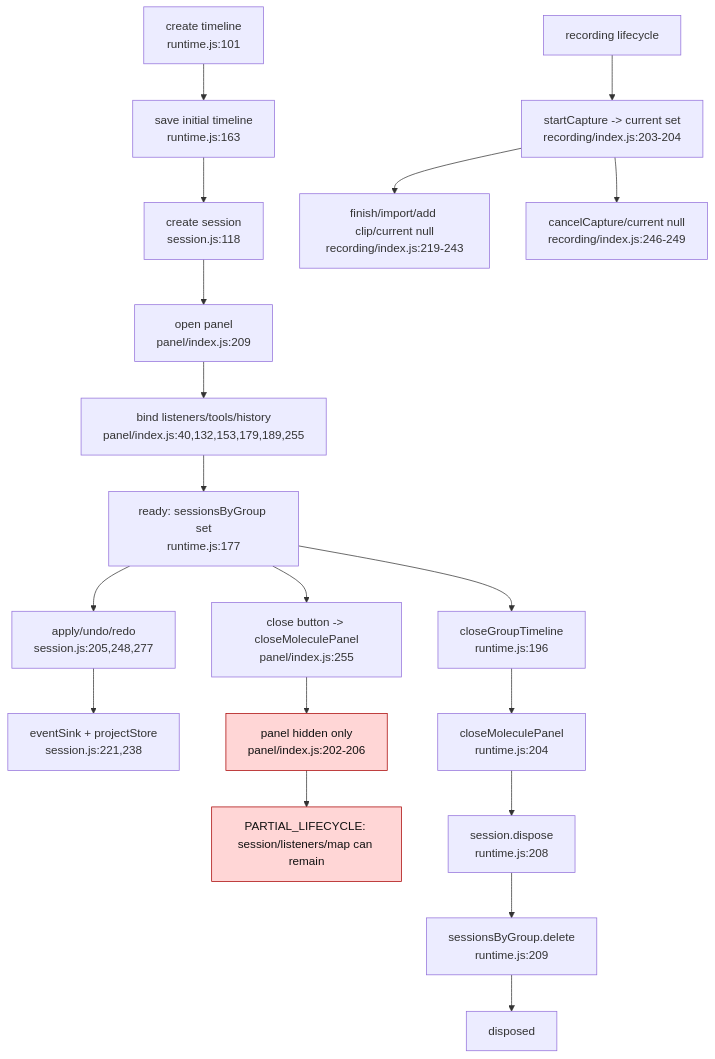
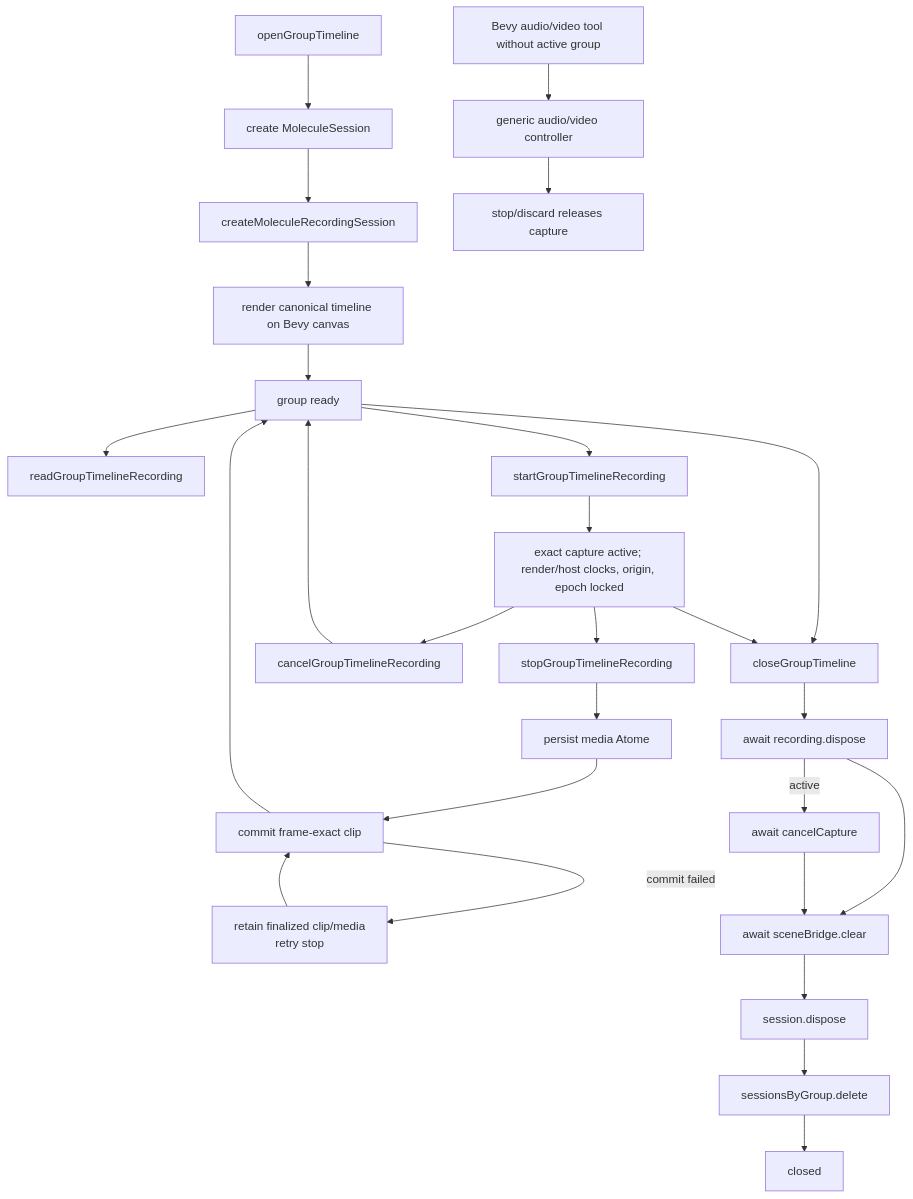
Before and after one commit to atomecorp/a: the diagram in atome/documentations/graphs/molecule/06-lifecycle-graph.md, drawn with Mermaid. The commit also changed other lines of this file and 119 other files, not shown here.

````diff
--- a/atome/documentations/graphs/molecule/06-lifecycle-graph.md
+++ b/atome/documentations/graphs/molecule/06-lifecycle-graph.md
@@ -3,24 +3,32 @@
 ```mermaid
 flowchart TD
-  Create["create timeline\nruntime.js:101"] --> Save["save initial timeline\nruntime.js:163"]
-  Save --> Session["create session\nsession.js:118"]
-  Session --> Panel["open panel\npanel/index.js:209"]
-  Panel --> Bind["bind listeners/tools/history\npanel/index.js:40,132,153,179,189,255"]
-  Bind --> Ready["ready: sessionsByGroup set\nruntime.js:177"]
-  Ready --> Update["apply/undo/redo\nsession.js:205,248,277"]
-  Update --> Persist["eventSink + projectStore\nsession.js:221,238"]
-  Ready --> UiClose["close button -> closeMoleculePanel\npanel/index.js:255"]
-  UiClose --> Hidden["panel hidden only\npanel/index.js:202-206"]:::risk
-  Hidden --> Ghost["PARTIAL_LIFECYCLE: session/listeners/map can remain"]:::risk
-  Ready --> RuntimeClose["closeGroupTimeline\nruntime.js:196"]
-  RuntimeClose --> Hide["closeMoleculePanel\nruntime.js:204"]
-  Hide --> Dispose["session.dispose\nruntime.js:208"]
-  Dispose --> Delete["sessionsByGroup.delete\nruntime.js:209"]
-  Delete --> Complete["disposed"]
+  Open["openGroupTimeline"] --> Session["create MoleculeSession"]
+  Session --> Recording["createMoleculeRecordingSession"]
+  Recording --> Render["render canonical timeline on Bevy canvas"]
+  Render --> Ready["group ready"]
 
-  Recording["recording lifecycle"] --> RecStart["startCapture -> current set\nrecording/index.js:203-204"]
-  RecStart --> RecConfirm["finish/import/add clip/current null\nrecording/index.js:219-243"]
-  RecStart --> RecCancel["cancelCapture/current null\nrecording/index.js:246-249"]
+  Ready --> Read["readGroupTimelineRecording"]
+  Ready --> Start["startGroupTimelineRecording"]
+  Start --> Active["exact capture active; render/host clocks, origin, epoch locked"]
+  Active --> Stop["stopGroupTimelineRecording"]
+  Stop --> Persist["persist media Atome"]
+  Persist --> Clip["commit frame-exact clip"]
+  Clip -->|commit failed| CommitFailed["retain finalized clip/media\nretry stop"]
+  CommitFailed --> Clip
+  Clip --> Ready
+  Active --> Cancel["cancelGroupTimelineRecording"]
+  Cancel --> Ready
 
-  classDef risk fill:#ffd6d6,stroke:#a80000,color:#111
+  Ready --> Close["closeGroupTimeline"]
+  Active --> Close
+  Close --> DisposeRecording["await recording.dispose"]
+  DisposeRecording -->|active| CancelBackend["await cancelCapture"]
+  DisposeRecording --> Clear["await sceneBridge.clear"]
+  CancelBackend --> Clear
+  Clear --> DisposeSession["session.dispose"]
+  DisposeSession --> Delete["sessionsByGroup.delete"]
+  Delete --> Complete["closed"]
+
+  BevyGeneric["Bevy audio/video tool without active group"] --> GenericController["generic audio/video controller"]
+  GenericController --> GenericStop["stop/discard releases capture"]
 ```
````
